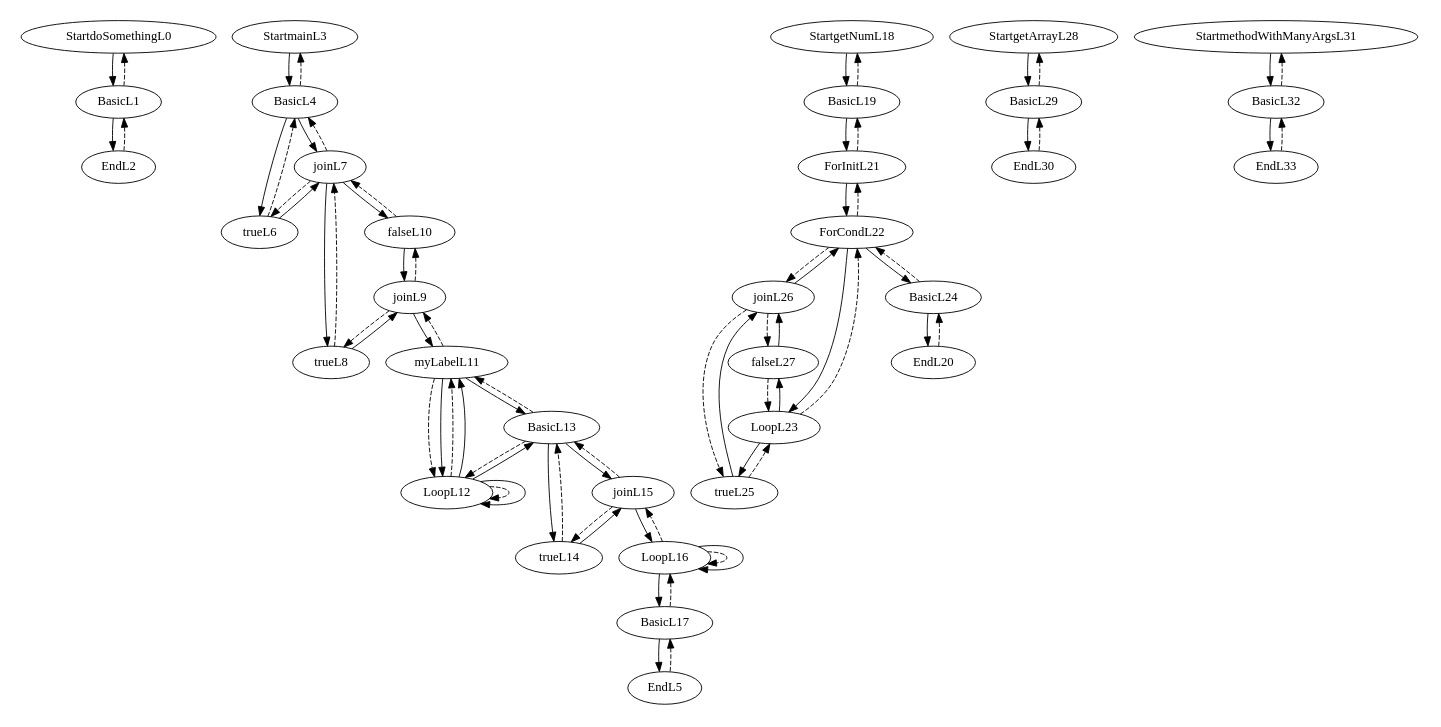
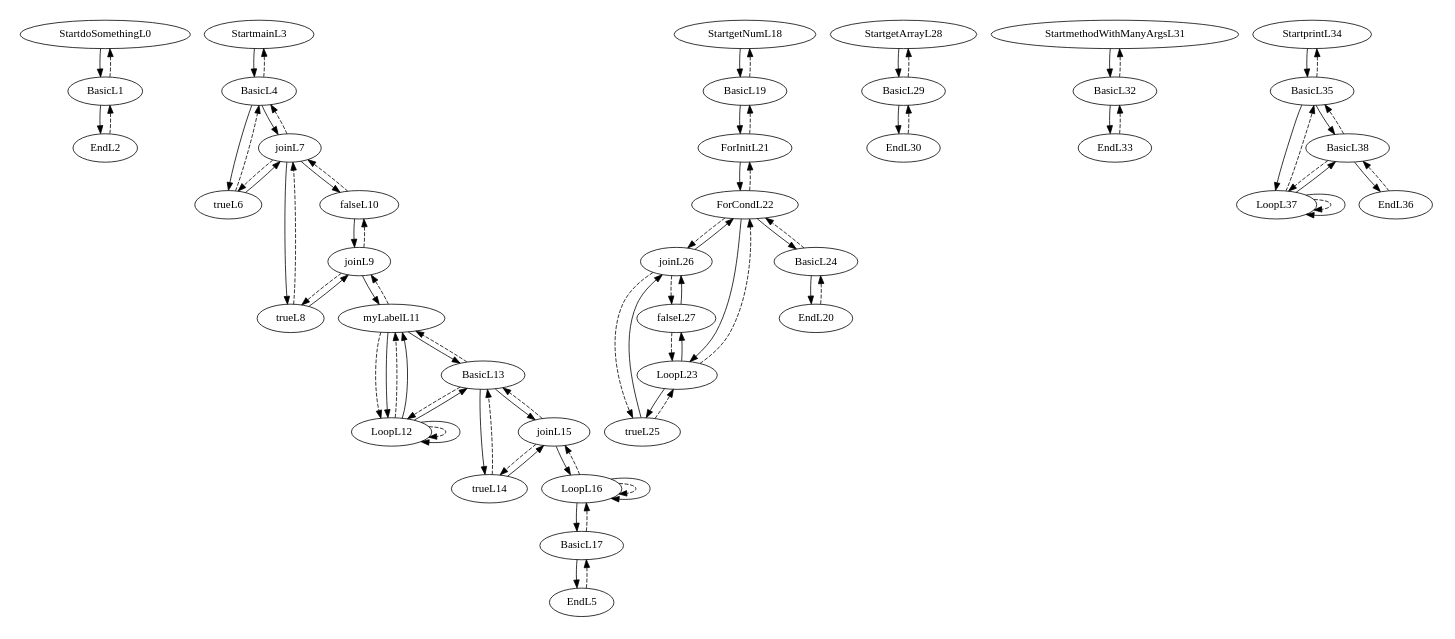
The diagram in cfg.gv (thomassimko/thesis-code-duplication), drawn with Graphviz before and after one commit. The commit also changed 177 other files, not shown here.

```diff
--- a/cfg.gv
+++ b/cfg.gv
@@ -1,79 +1,91 @@
 digraph G {
 size ="8.5,11";
 StartdoSomethingL0 -> BasicL1
 BasicL1 -> StartdoSomethingL0 [style=dashed]
 BasicL1 -> EndL2
 EndL2 -> BasicL1 [style=dashed]
 StartmainL3 -> BasicL4
 BasicL4 -> StartmainL3 [style=dashed]
 BasicL4 -> trueL6
 trueL6 -> BasicL4 [style=dashed]
 trueL6 -> joinL7
 joinL7 -> trueL6 [style=dashed]
 joinL7 -> BasicL4 [style=dashed]
 joinL7 -> trueL8
 trueL8 -> joinL7 [style=dashed]
 trueL8 -> joinL9
 joinL9 -> trueL8 [style=dashed]
 joinL9 -> falseL10 [style=dashed]
 joinL9 -> myLabelL11
 myLabelL11 -> joinL9 [style=dashed]
 myLabelL11 -> LoopL12 [style=dashed]
 myLabelL11 -> LoopL12
 LoopL12 -> myLabelL11 [style=dashed]
 LoopL12 -> LoopL12 [style=dashed]
 LoopL12 -> myLabelL11
 LoopL12 -> LoopL12
 LoopL12 -> BasicL13
 BasicL13 -> myLabelL11 [style=dashed]
 BasicL13 -> LoopL12 [style=dashed]
 BasicL13 -> trueL14
 trueL14 -> BasicL13 [style=dashed]
 trueL14 -> joinL15
 joinL15 -> trueL14 [style=dashed]
 joinL15 -> BasicL13 [style=dashed]
 joinL15 -> LoopL16
 LoopL16 -> joinL15 [style=dashed]
 LoopL16 -> LoopL16 [style=dashed]
 LoopL16 -> BasicL17
 BasicL17 -> LoopL16 [style=dashed]
 BasicL17 -> EndL5
 EndL5 -> BasicL17 [style=dashed]
 LoopL16 -> LoopL16
 BasicL13 -> joinL15
 myLabelL11 -> BasicL13
 joinL7 -> falseL10
 falseL10 -> joinL7 [style=dashed]
 falseL10 -> joinL9
 BasicL4 -> joinL7
 StartgetNumL18 -> BasicL19
 BasicL19 -> StartgetNumL18 [style=dashed]
 BasicL19 -> ForInitL21
 ForInitL21 -> BasicL19 [style=dashed]
 ForInitL21 -> ForCondL22
 ForCondL22 -> ForInitL21 [style=dashed]
 ForCondL22 -> joinL26 [style=dashed]
 ForCondL22 -> LoopL23
 LoopL23 -> ForCondL22 [style=dashed]
 LoopL23 -> trueL25
 trueL25 -> LoopL23 [style=dashed]
 trueL25 -> joinL26
 joinL26 -> trueL25 [style=dashed]
 joinL26 -> falseL27 [style=dashed]
 joinL26 -> ForCondL22
 LoopL23 -> falseL27
 falseL27 -> LoopL23 [style=dashed]
 falseL27 -> joinL26
 ForCondL22 -> BasicL24
 BasicL24 -> ForCondL22 [style=dashed]
 BasicL24 -> EndL20
 EndL20 -> BasicL24 [style=dashed]
 StartgetArrayL28 -> BasicL29
 BasicL29 -> StartgetArrayL28 [style=dashed]
 BasicL29 -> EndL30
 EndL30 -> BasicL29 [style=dashed]
 StartmethodWithManyArgsL31 -> BasicL32
 BasicL32 -> StartmethodWithManyArgsL31 [style=dashed]
 BasicL32 -> EndL33
 EndL33 -> BasicL32 [style=dashed]
+StartprintL34 -> BasicL35
+BasicL35 -> StartprintL34 [style=dashed]
+BasicL35 -> LoopL37
+LoopL37 -> BasicL35 [style=dashed]
+LoopL37 -> LoopL37 [style=dashed]
+LoopL37 -> LoopL37
+LoopL37 -> BasicL38
+BasicL38 -> BasicL35 [style=dashed]
+BasicL38 -> LoopL37 [style=dashed]
+BasicL38 -> EndL36
+EndL36 -> BasicL38 [style=dashed]
+BasicL35 -> BasicL38
 }
```
